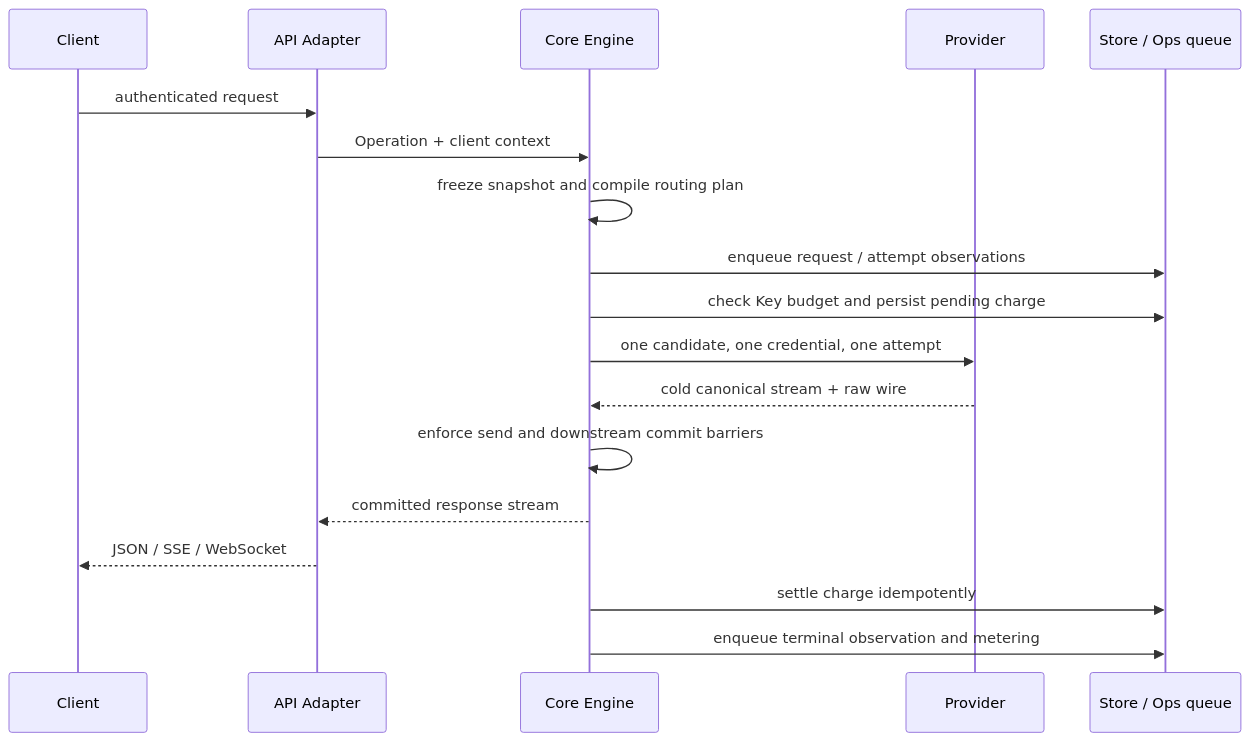
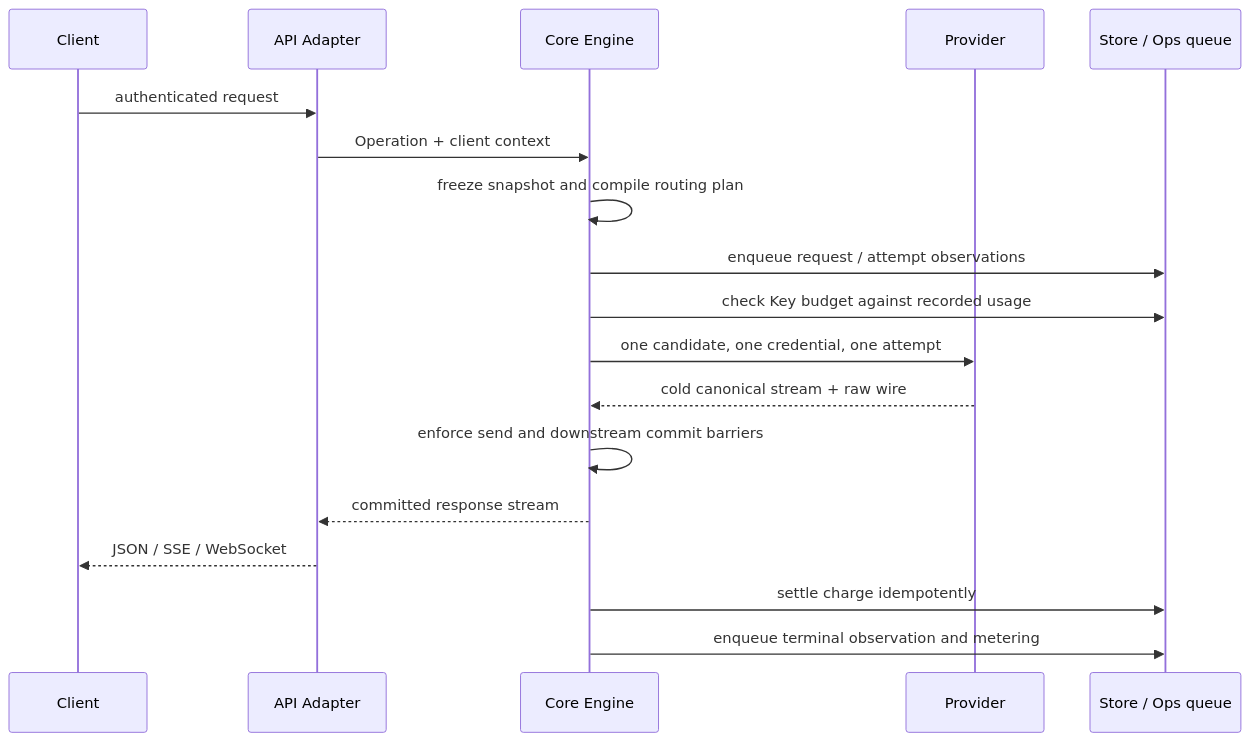
One commit to Const-Time/codex-proxy-rs changed the second of 2 diagrams in docs/architecture.md. Above: the diagram before and after it, drawn with Mermaid. The commit also changed other lines of this file and 23 other files, not shown here.

````diff
--- a/docs/architecture.md
+++ b/docs/architecture.md
@@ -126,21 +126,21 @@
 ```mermaid
 sequenceDiagram
   participant C as Client
   participant A as API Adapter
   participant E as Core Engine
   participant P as Provider
   participant S as Store / Ops queue
 
   C->>A: authenticated request
   A->>E: Operation + client context
   E->>E: freeze snapshot and compile routing plan
   E->>S: enqueue request / attempt observations
-  E->>S: check Key budget and persist pending charge
+  E->>S: check Key budget against recorded usage
   E->>P: one candidate, one credential, one attempt
   P-->>E: cold canonical stream + raw wire
   E->>E: enforce send and downstream commit barriers
   E-->>A: committed response stream
   A-->>C: JSON / SSE / WebSocket
   E->>S: settle charge idempotently
   E->>S: enqueue terminal observation and metering
 ```
````
